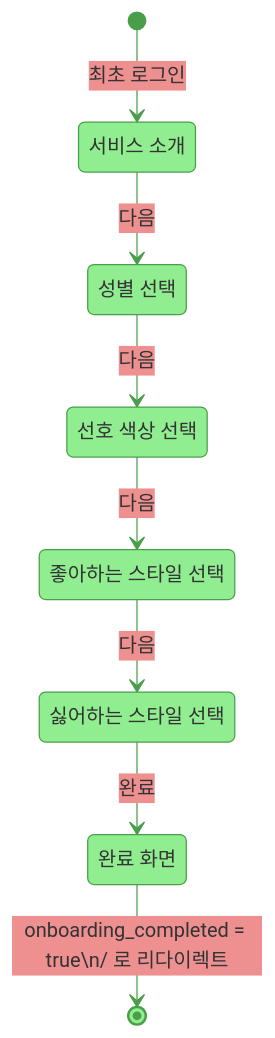
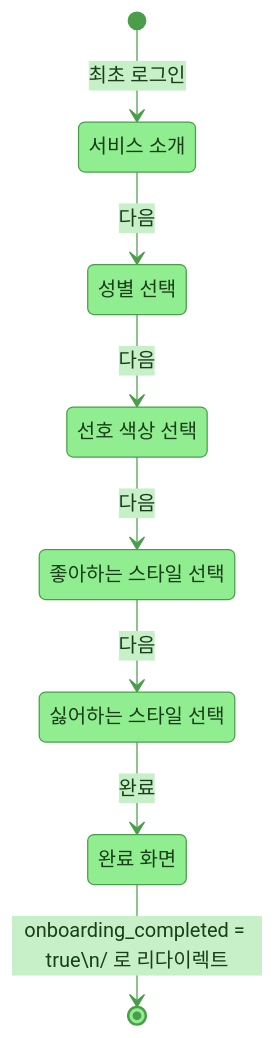
Before and after one commit to young017/weather: the fourth of 5 diagrams in README.md, drawn with Mermaid. The commit also changed other lines of this file, not shown here.

````diff
--- a/README.md
+++ b/README.md
@@ -152,18 +161,18 @@
 ```mermaid
-%%{init: {'theme': 'base', 'themeVariables': {'primaryColor': '#90EE90', 'primaryBorderColor': '#4a9e4a', 'lineColor': '#4a9e4a'}}}%%
+%%{init: {'theme': 'base', 'themeVariables': {'primaryColor': '#90EE90', 'primaryBorderColor': '#4a9e4a', 'primaryTextColor': '#1a3d1a', 'secondaryColor': '#c8f0c8', 'tertiaryColor': '#e6f9e6', 'lineColor': '#4a9e4a', 'transitionColor': '#4a9e4a'}}}%%
 stateDiagram-v2
     [*] --> Intro : 최초 로그인
     Intro --> Gender : 다음
     Gender --> Color : 다음
     Color --> LikedStyles : 다음
     LikedStyles --> DislikedStyles : 다음
     DislikedStyles --> Complete : 완료
     Complete --> [*] : onboarding_completed = true\n/ 로 리다이렉트
 
     Intro : 서비스 소개
     Gender : 성별 선택
     Color : 선호 색상 선택
     LikedStyles : 좋아하는 스타일 선택
     DislikedStyles : 싫어하는 스타일 선택
     Complete : 완료 화면
 ```
````
